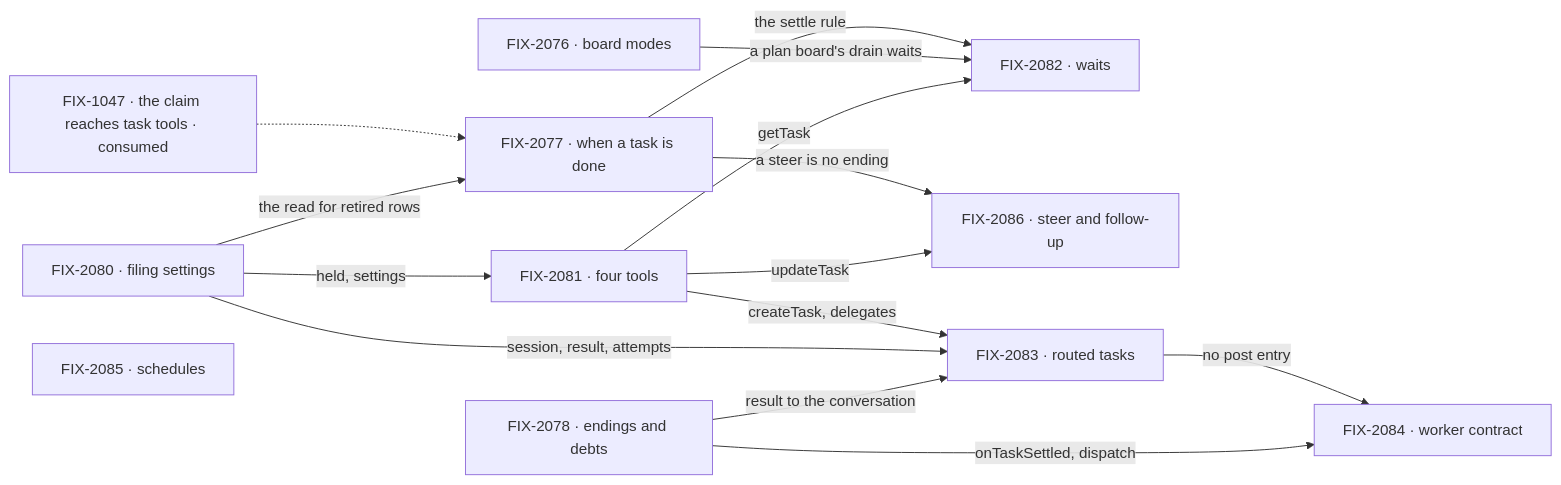
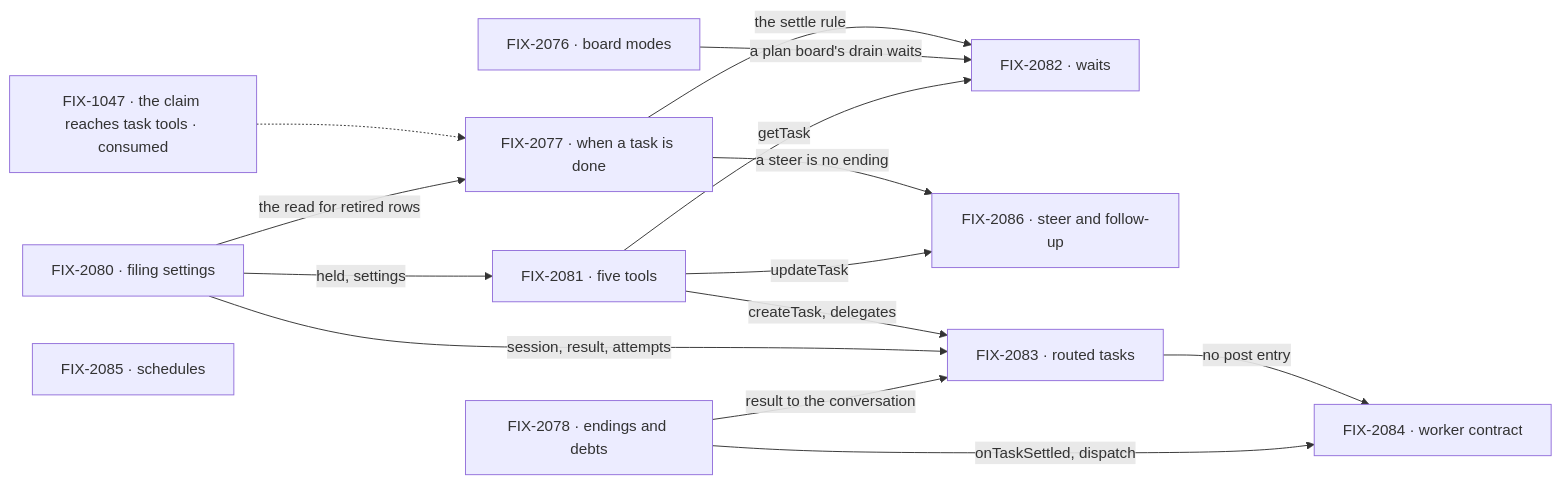
One commit to fixpoint-labs/flow-state-dev changed the second of 2 diagrams in specs/epics/FIX-2056/SPEC.md. Above: the diagram before and after it, drawn with Mermaid. The commit also changed other lines of this file and 5 other files, not shown here.

First line of the commit message:
spec(FIX-2081): epic ER-5 and end state name five task tools; answerTask an interim extra

````diff
--- a/specs/epics/FIX-2056/SPEC.md
+++ b/specs/epics/FIX-2056/SPEC.md
@@ -89,17 +89,17 @@
 ```mermaid
 flowchart LR
   I["FIX-1047 · the claim reaches task tools · consumed"] -.-> B
   L["FIX-2080 · filing settings"] -->|"the read for retired rows"| B["FIX-2077 · when a task is done"]
   B -->|"the settle rule"| W["FIX-2082 · waits"]
   B -->|"a steer is no ending"| S["FIX-2086 · steer and follow-up"]
   M["FIX-2076 · board modes"] -->|"a plan board's drain waits"| W
-  L -->|"held, settings"| T["FIX-2081 · four tools"]
+  L -->|"held, settings"| T["FIX-2081 · five tools"]
   T -->|"getTask"| W
   T -->|"updateTask"| S
   T -->|"createTask, delegates"| R["FIX-2083 · routed tasks"]
   L -->|"session, result, attempts"| R
   E["FIX-2078 · endings and debts"] -->|"result to the conversation"| R
   R -->|"no post entry"| K["FIX-2084 · worker contract"]
   E -->|"onTaskSettled, dispatch"| K
   H["FIX-2085 · schedules"]
 ```
````
